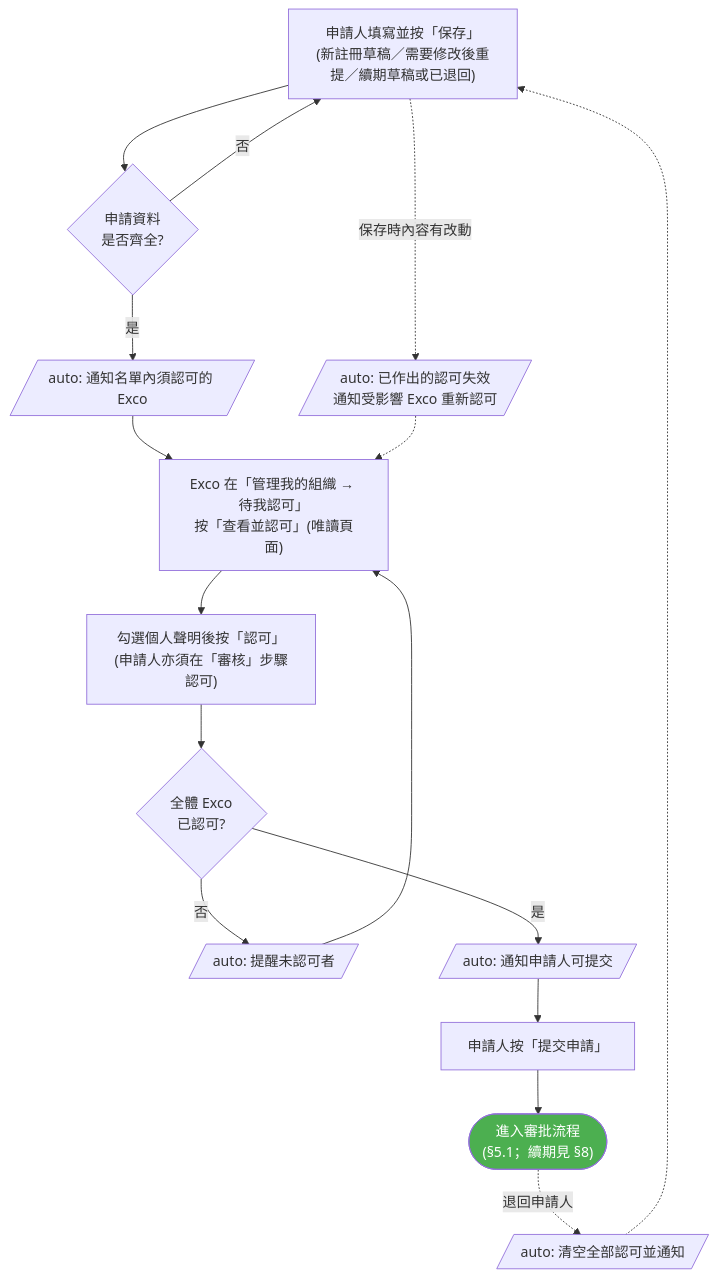
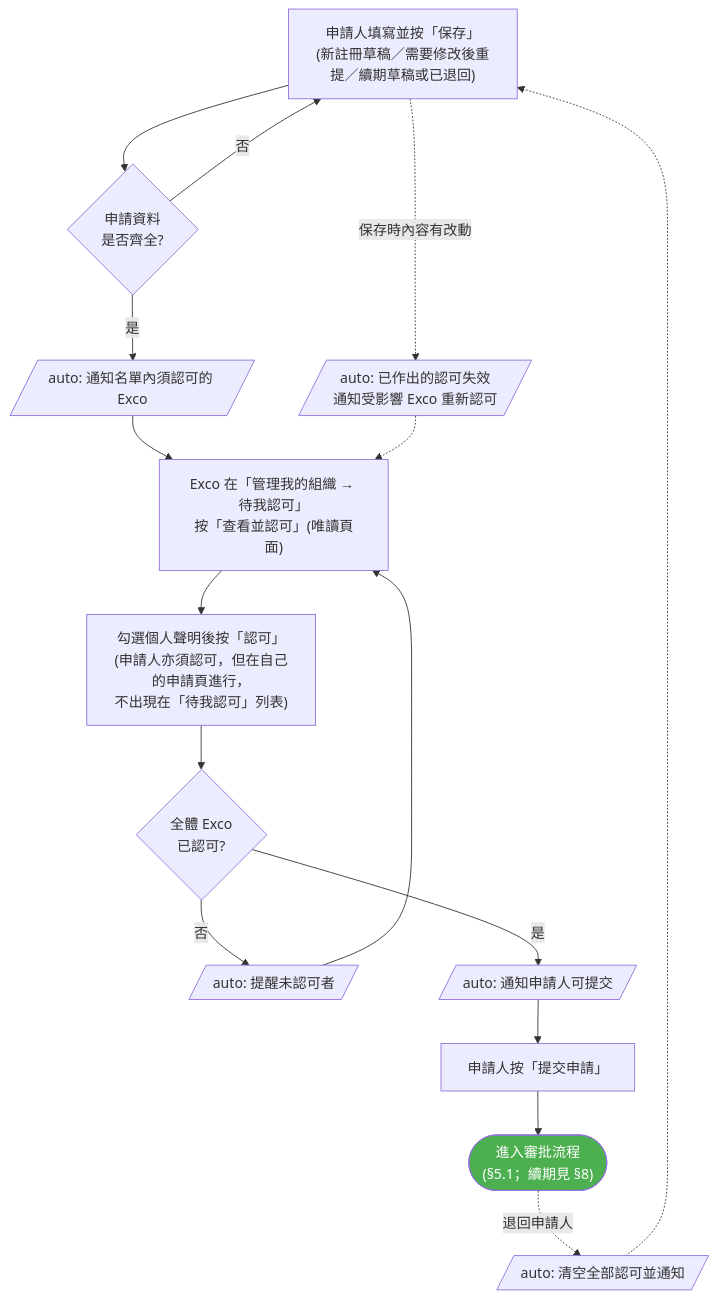
Before and after one commit to OneStar-Projects/SLAS-Docs: the first of 6 diagrams in student-org-workflow-flowcharts.md, drawn with Mermaid. The commit also changed other lines of this file, not shown here.

First line of the commit message:
docs(stugroup): sync SO registration flow with the 2026-10-18 system

````diff
--- a/student-org-workflow-flowcharts.md
+++ b/student-org-workflow-flowcharts.md
@@ -185,22 +190,22 @@
 ```mermaid
 flowchart TD
     Edit["申請人填寫並按「保存」<br/>(新註冊草稿／需要修改後重提／續期草稿或已退回)"]
     Edit --> Complete{申請資料<br/>是否齊全?}
     Complete -->|"否"| Edit
     Complete -->|"是"| Notify[/"auto: 通知名單內須認可的 Exco"/]
     Notify --> Entry["Exco 在「管理我的組織 → 待我認可」<br/>按「查看並認可」(唯讀頁面)"]
-    Entry --> Endorse["勾選個人聲明後按「認可」<br/>(申請人亦須在「審核」步驟認可)"]
+    Entry --> Endorse["勾選個人聲明後按「認可」<br/>(申請人亦須認可，但在自己的申請頁進行，<br/>不出現在「待我認可」列表)"]
     Endorse --> AllGate{全體 Exco<br/>已認可?}
     AllGate -->|"否"| Remind[/"auto: 提醒未認可者"/]
     Remind --> Entry
     AllGate -->|"是"| NotifyApplicant[/"auto: 通知申請人可提交"/]
     NotifyApplicant --> Submit["申請人按「提交申請」"]
     Submit --> Review(["進入審批流程<br/>(§5.1；續期見 §8)"])
 
     Edit -.->|"保存時內容有改動"| Invalidate[/"auto: 已作出的認可失效<br/>通知受影響 Exco 重新認可"/]
     Invalidate -.-> Entry
     Review -.->|"退回申請人"| Reset[/"auto: 清空全部認可並通知"/]
     Reset -.-> Edit
 
     style Review fill:#4CAF50,color:#fff
 ```
````
